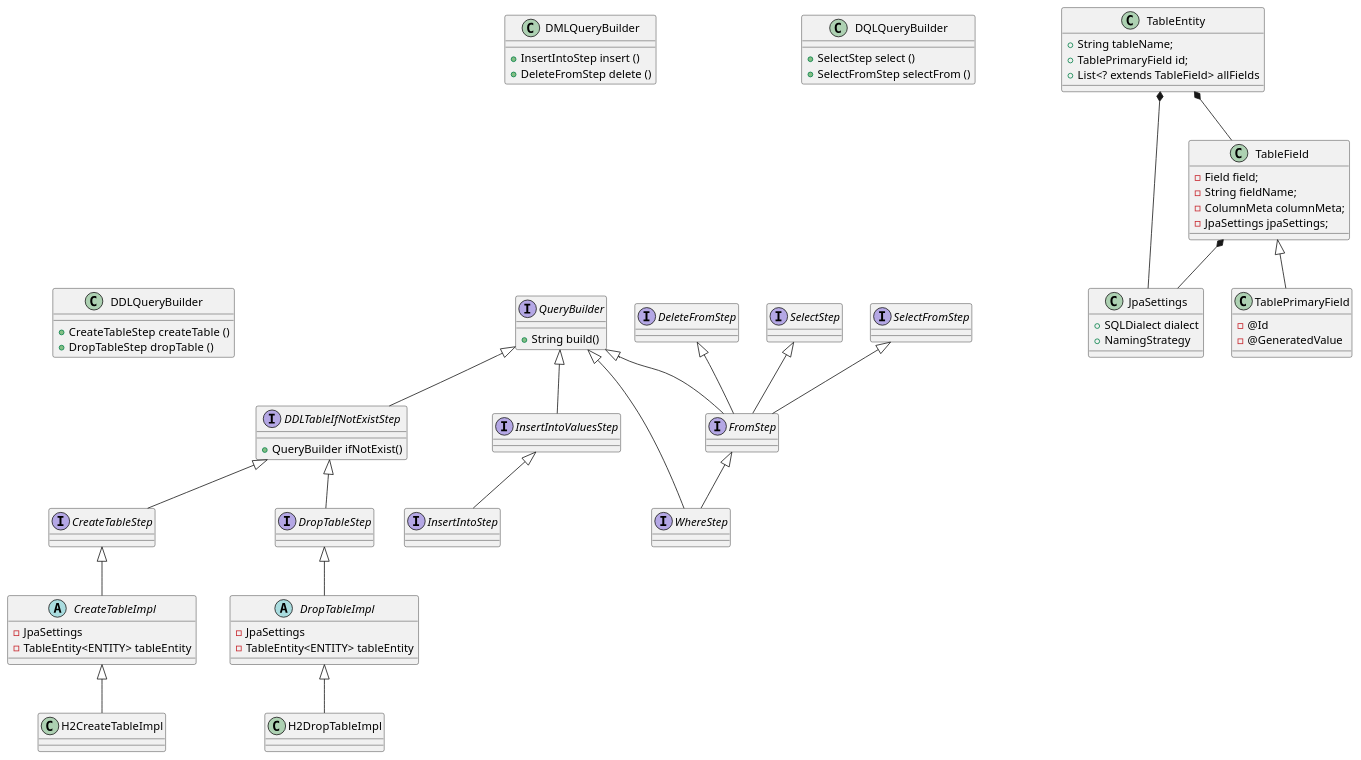
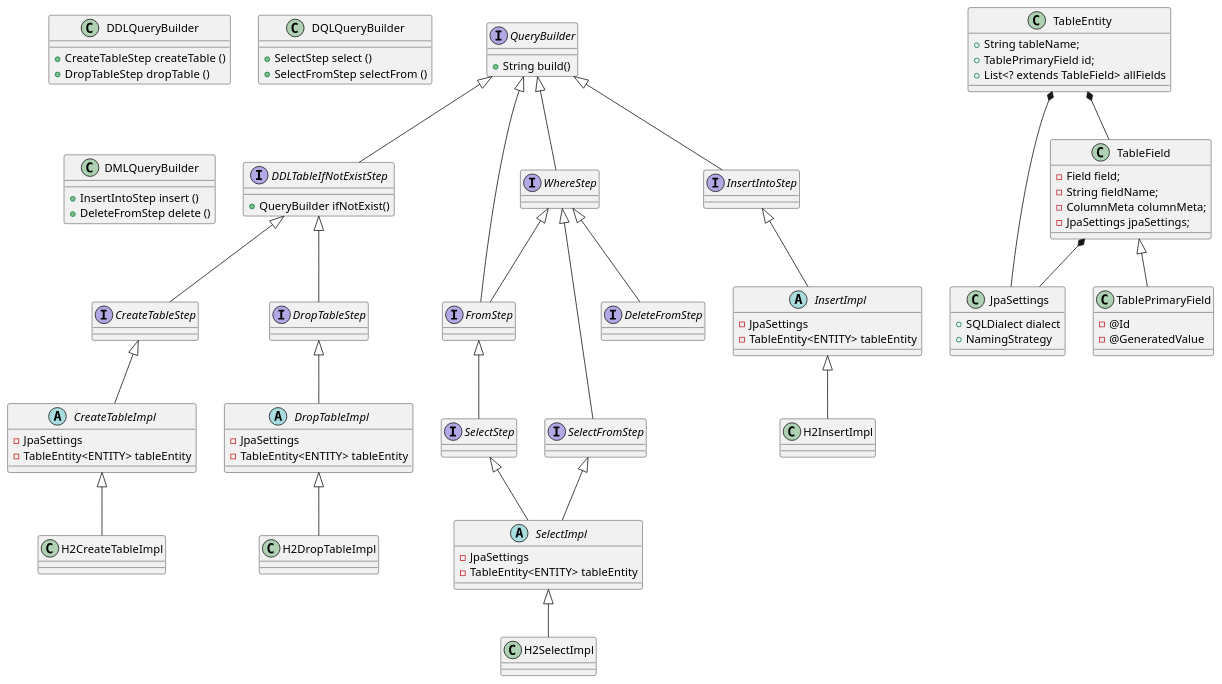
One commit to next-step/jpa-query-builder changed the diagram in docs/uml/step-3-class-diagram.puml. Above: the diagram before and after it, drawn with PlantUML. The commit also changed 17 other files, not shown here.

```diff
--- a/docs/uml/step-3-class-diagram.puml
+++ b/docs/uml/step-3-class-diagram.puml
@@ -1,117 +1,134 @@
 @startuml
 interface QueryBuilder {
     + String build()
 }
 
 ' QueryBuilder 들
 class DDLQueryBuilder {
     + CreateTableStep createTable ()
     + DropTableStep dropTable ()
 }
 
 class DQLQueryBuilder {
     + SelectStep select ()
     + SelectFromStep selectFrom ()
 }
 
 class DMLQueryBuilder {
     + InsertIntoStep insert ()
     + DeleteFromStep delete ()
 }
 
 
 ' 이거도 그리면 좋지만 안이쁘니 숨기자...
-DDLQueryBuilder -[hidden]..> CreateTableStep:returns
-DDLQueryBuilder -[hidden]..> DropTableStep:returns
+'DDLQueryBuilder -[hidden]..> CreateTableStep:returns
+'DDLQueryBuilder -[hidden]..> DropTableStep:returns
 
-DMLQueryBuilder -[hidden]..> InsertIntoStep:returns
-DMLQueryBuilder -[hidden]..> DeleteFromStep:returns
+'DMLQueryBuilder -[hidden]..> InsertIntoStep:returns
+'DMLQueryBuilder -[hidden]..> DeleteFromStep:returns
 
 ' Step 들 정의
 interface CreateTableStep extends DDLTableIfNotExistStep {
 
 }
 
 interface DropTableStep extends DDLTableIfNotExistStep {
 
 }
 
-interface SelectStep {
+interface SelectStep extends FromStep {
 
 }
 
-interface SelectFromStep {
+interface SelectFromStep extends WhereStep {
 
 }
 
-interface InsertIntoStep extends InsertIntoValuesStep {
+interface DeleteFromStep extends WhereStep {
 
 }
 
-interface InsertIntoValuesStep extends QueryBuilder {
+interface FromStep extends WhereStep, QueryBuilder {
 
 }
 
-interface DeleteFromStep {
+interface WhereStep extends QueryBuilder {
 
 }
 
-interface FromStep extends SelectStep, DeleteFromStep, SelectFromStep, QueryBuilder {
-
-}
-
-interface WhereStep extends FromStep, QueryBuilder {
+interface InsertIntoStep extends QueryBuilder {
 
 }
 
 interface DDLTableIfNotExistStep extends QueryBuilder {
     + QueryBuilder ifNotExist()
 }
 
 abstract class CreateTableImpl extends CreateTableStep{
     - JpaSettings
     - TableEntity<ENTITY> tableEntity
 }
 
 class H2CreateTableImpl extends CreateTableImpl {
 
 }
 
+' DROP
 abstract class DropTableImpl extends DropTableStep {
     - JpaSettings
     - TableEntity<ENTITY> tableEntity
 }
 
 class H2DropTableImpl extends DropTableImpl {
+
+}
+
+' INSERT
+abstract class InsertImpl extends InsertIntoStep {
+    - JpaSettings
+    - TableEntity<ENTITY> tableEntity
+}
+
+class H2InsertImpl extends InsertImpl {
+
+}
+
+' SELECT
+abstract class SelectImpl extends SelectStep, SelectFromStep {
+    - JpaSettings
+    - TableEntity<ENTITY> tableEntity
+}
+
+class H2SelectImpl extends SelectImpl {
 
 }
 
 class JpaSettings {
     + SQLDialect dialect
     + NamingStrategy
 }
 
 TableEntity *--	TableField
 TableEntity *--	JpaSettings
 
 TableField *-- JpaSettings
 
 class TableEntity {
     + String tableName;
     + TablePrimaryField id;
     + List<? extends TableField> allFields
 }
 
 class TableField {
     - Field field;
     - String fieldName;
     - ColumnMeta columnMeta;
     - JpaSettings jpaSettings;
 }
 
 class TablePrimaryField extends TableField {
     - @Id
     - @GeneratedValue
 }
 
 @enduml
```
